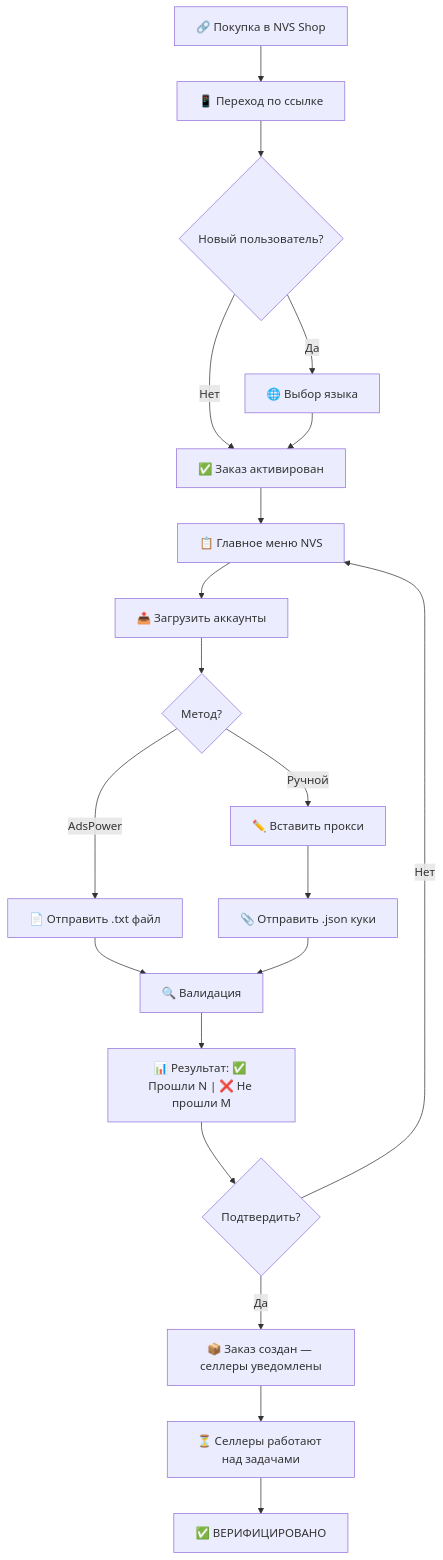
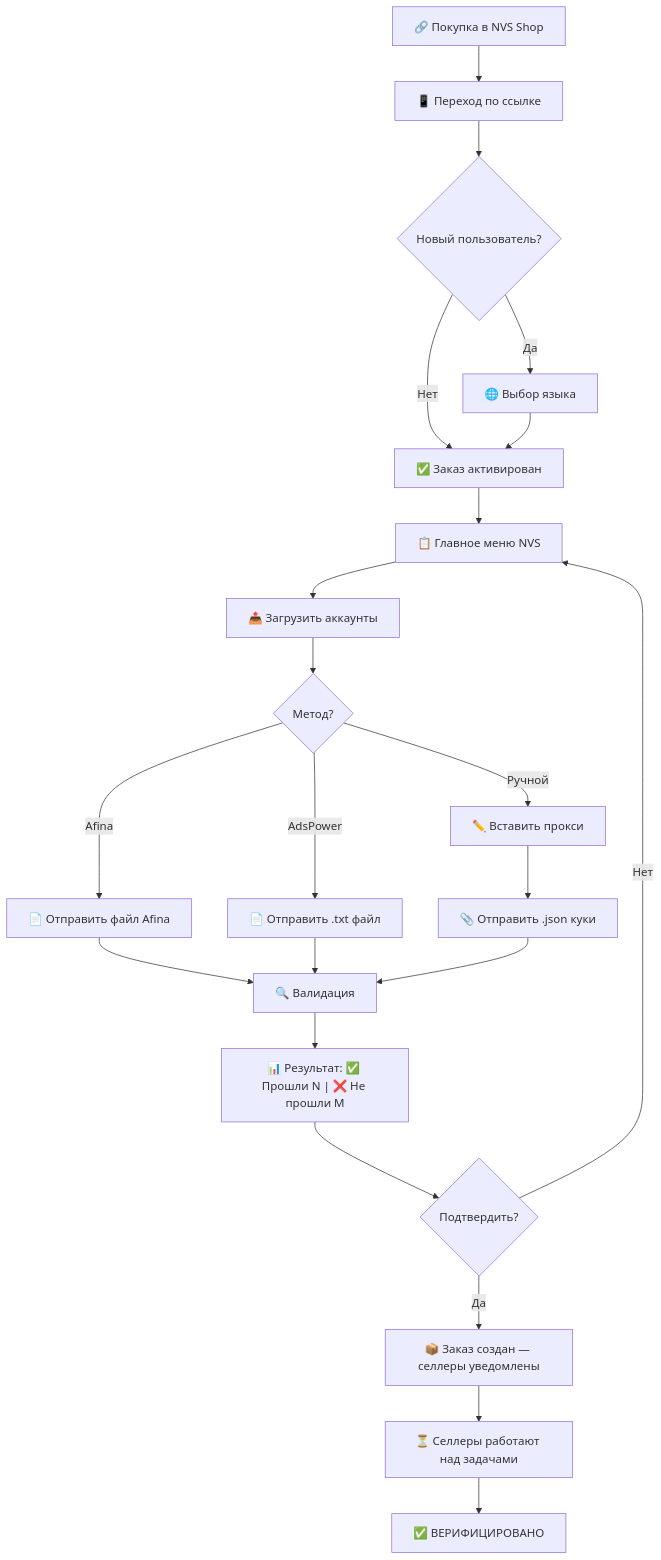
One commit to AutoPilotSoftware/docs changed the second of 7 diagrams in src/content/docs/kyc/pilot-faq.md. Above: the diagram before and after it, drawn with Mermaid. The commit also changed other lines of this file and 9 other files, not shown here.

````diff
--- a/src/content/docs/kyc/pilot-faq.md
+++ b/src/content/docs/kyc/pilot-faq.md
@@ -102,26 +102,28 @@
 ```mermaid
 flowchart TD
     A["🔗 Покупка в NVS Shop"] --> B["📱 Переход по ссылке"]
     B --> C{"Новый пользователь?"}
     C -->|Да| D["🌐 Выбор языка"]
     C -->|Нет| E["✅ Заказ активирован"]
     D --> E
 
     E --> F["📋 Главное меню NVS"]
     F --> G["📤 Загрузить аккаунты"]
     G --> L{"Метод?"}
 
+    L -->|Afina| M0["📄 Отправить файл Afina"]
     L -->|AdsPower| M["📄 Отправить .txt файл"]
     L -->|Ручной| N["✏️ Вставить прокси"]
     N --> O["📎 Отправить .json куки"]
 
-    M --> P["🔍 Валидация"]
+    M0 --> P["🔍 Валидация"]
+    M --> P
     O --> P
 
     P --> Q["📊 Результат: ✅ Прошли N | ❌ Не прошли M"]
     Q --> R{"Подтвердить?"}
     R -->|Да| S["📦 Заказ создан — селлеры уведомлены"]
     R -->|Нет| F
     S --> T["⏳ Селлеры работают над задачами"]
     T --> U["✅ ВЕРИФИЦИРОВАНО"]
 ```
````
